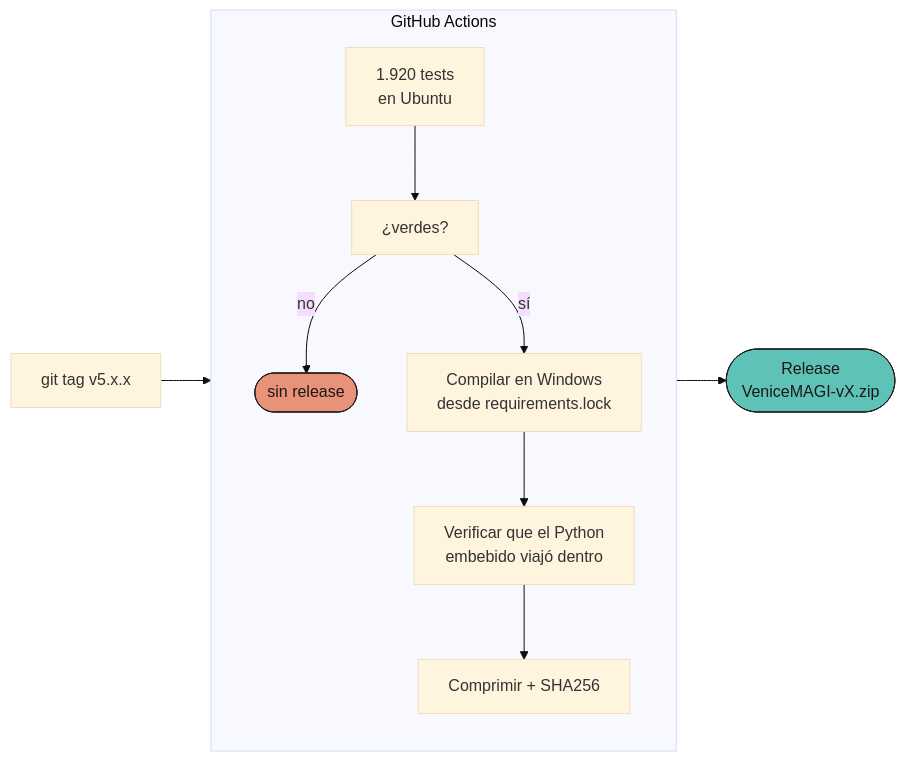
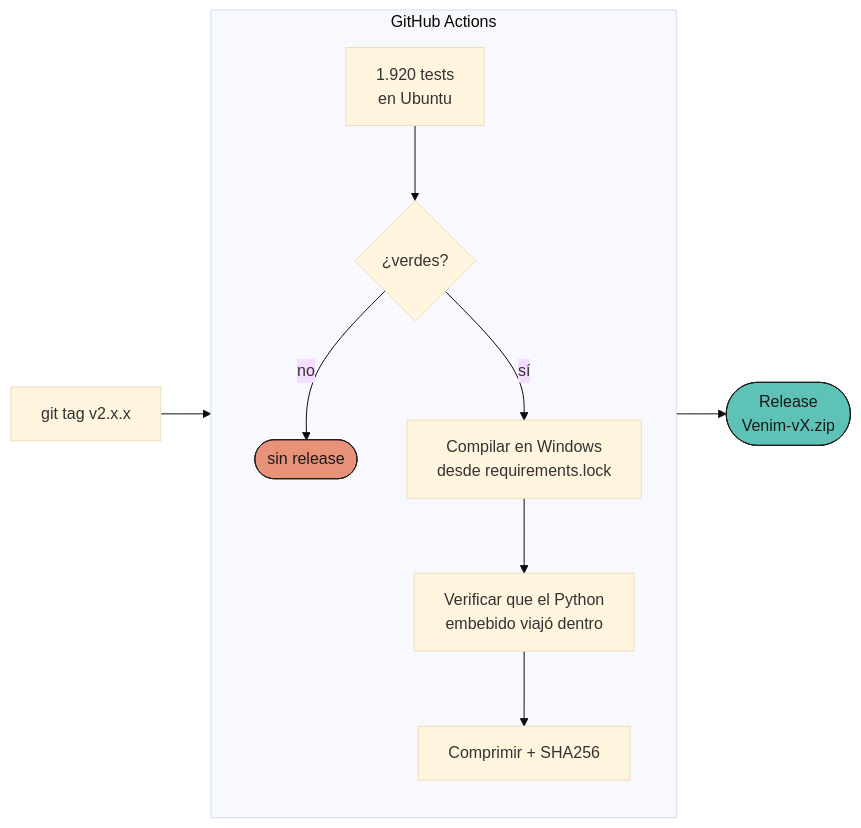
The fourth of 4 diagrams in README.md (zero-phoenix/Venim), drawn with Mermaid (base theme) before and after one commit. The commit also changed other lines of this file and 683 other files, not shown here.

````diff
--- a/README.md
+++ b/README.md
@@ -376,15 +251,15 @@
 ```mermaid
 flowchart LR
-    T["git tag v5.x.x"] --> CI
+    T["git tag v2.x.x"] --> CI
     subgraph CI["GitHub Actions"]
         direction TB
-        T1["1.920 tests<br/>en Ubuntu"] --> T2["¿verdes?"]
+        T1["1.920 tests<br/>en Ubuntu"] --> T2{"¿verdes?"}
         T2 -->|no| X(["sin release"])
         T2 -->|sí| BU["Compilar en Windows<br/>desde requirements.lock"]
         BU --> VE["Verificar que el Python<br/>embebido viajó dentro"]
         VE --> Z["Comprimir + SHA256"]
     end
-    Z --> REL(["Release<br/>VeniceMAGI-vX.zip"])
+    Z --> REL(["Release<br/>Venim-vX.zip"])
     style X fill:#E8927A,stroke:#1F1E1C,color:#1A1917
     style REL fill:#5FC2B6,stroke:#1F1E1C,color:#1A1917
 ```
````
